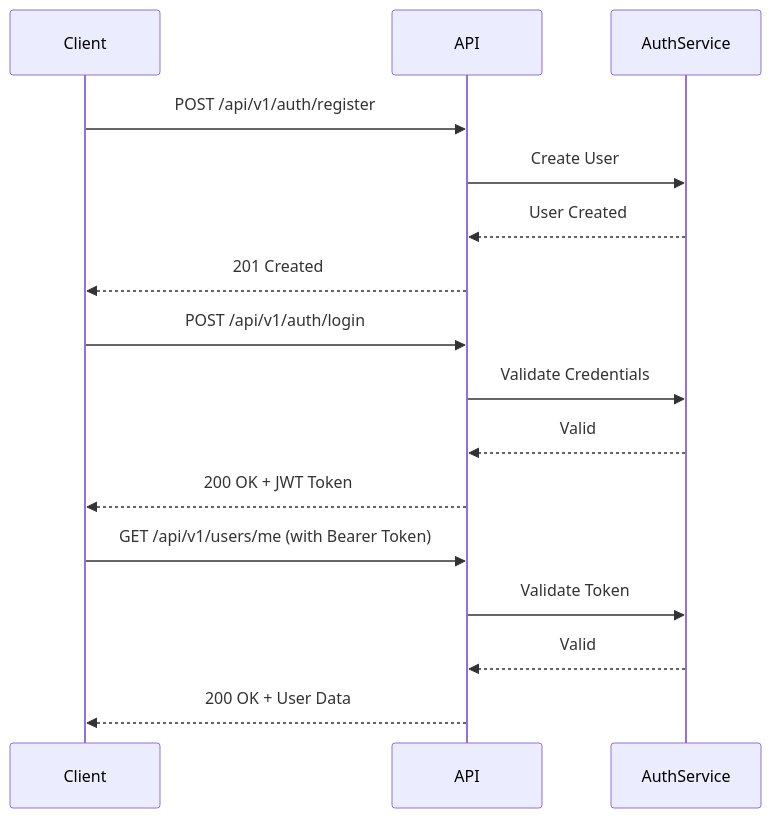
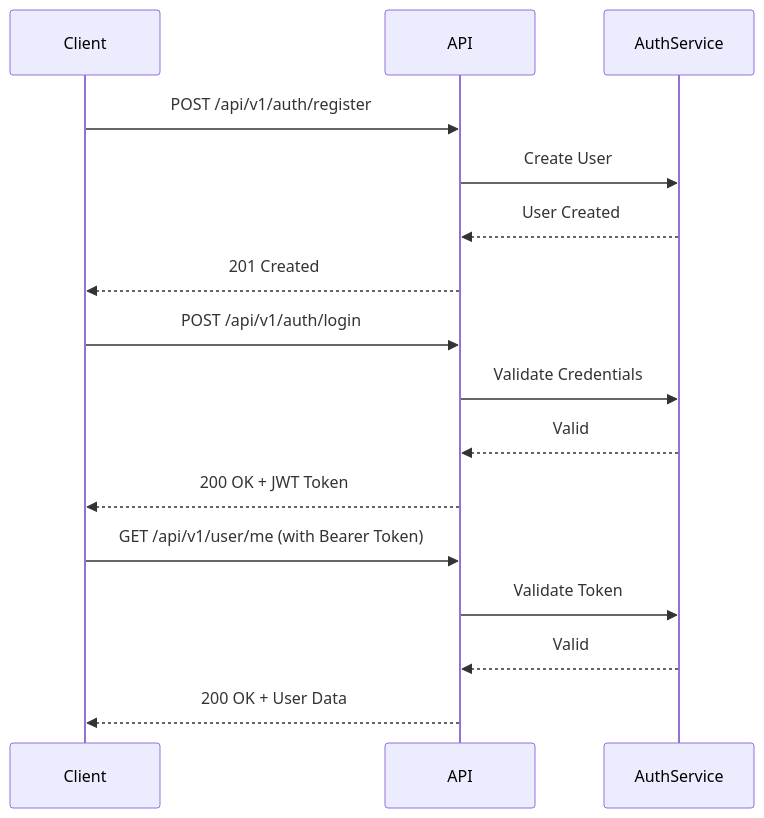
The first of 2 diagrams in docs/api-design.md (intervalrain/CodeMeet), drawn with Mermaid before and after one commit. The commit also changed other lines of this file and 8 other files, not shown here.

````diff
--- a/docs/api-design.md
+++ b/docs/api-design.md
@@ -44,21 +44,21 @@
 ```mermaid
 sequenceDiagram
     participant Client
     participant API
     participant AuthService
 
     Client->>API: POST /api/v1/auth/register
     API->>AuthService: Create User
     AuthService-->>API: User Created
     API-->>Client: 201 Created
 
     Client->>API: POST /api/v1/auth/login
     API->>AuthService: Validate Credentials
     AuthService-->>API: Valid
     API-->>Client: 200 OK + JWT Token
 
-    Client->>API: GET /api/v1/users/me (with Bearer Token)
+    Client->>API: GET /api/v1/user/me (with Bearer Token)
     API->>AuthService: Validate Token
     AuthService-->>API: Valid
     API-->>Client: 200 OK + User Data
 ```
````
